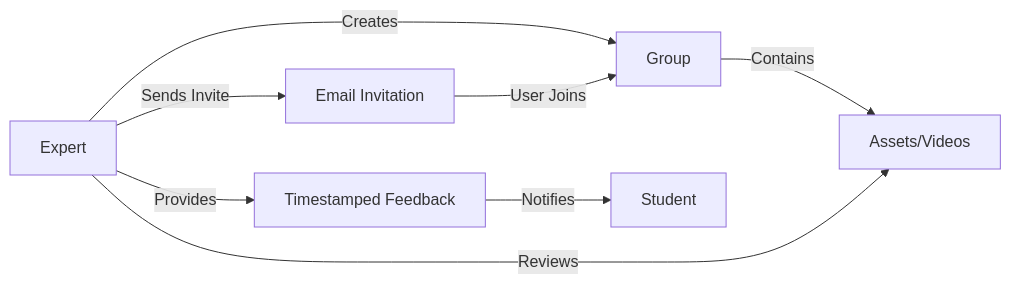
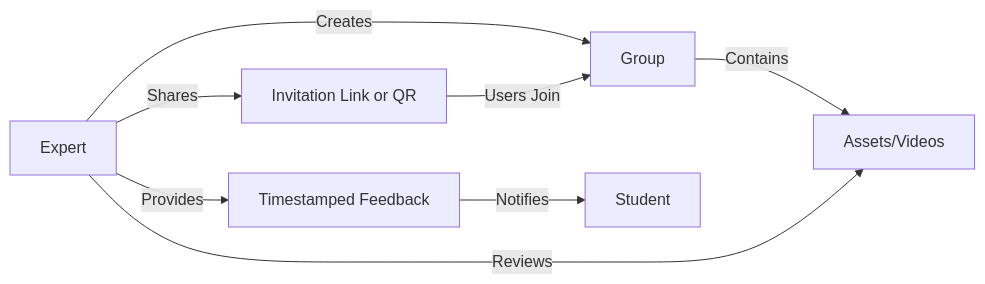
One commit to OZIOisgood/zeta changed the second of 9 diagrams in README.md. Above: the diagram before and after it, drawn with Mermaid. The commit also changed other lines of this file and 14 other files, not shown here.

Commit message:
feat(invitations): implement generic group invitations without requiring an email address

````diff
--- a/README.md
+++ b/README.md
@@ -145,10 +146,10 @@
 ```mermaid
 graph LR
     Expert[Expert] -->|Creates| Group[Group]
-    Expert -->|Sends Invite| Invite[Email Invitation]
-    Invite -->|User Joins| Group
+    Expert -->|Shares| Invite[Invitation Link or QR]
+    Invite -->|Users Join| Group
     Group -->|Contains| Assets[Assets/Videos]
     Expert -->|Reviews| Assets
     Expert -->|Provides| Feedback[Timestamped Feedback]
     Feedback -->|Notifies| Student[Student]
 ```
````
